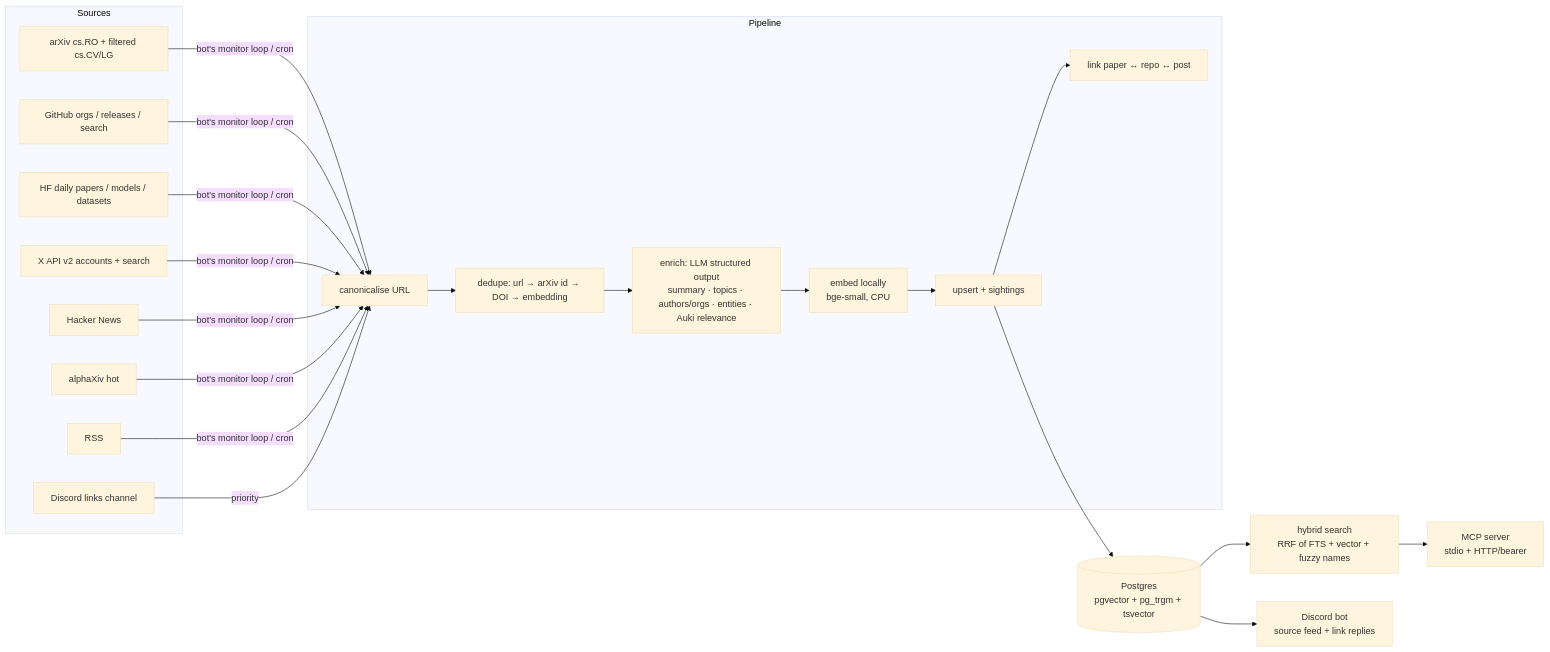
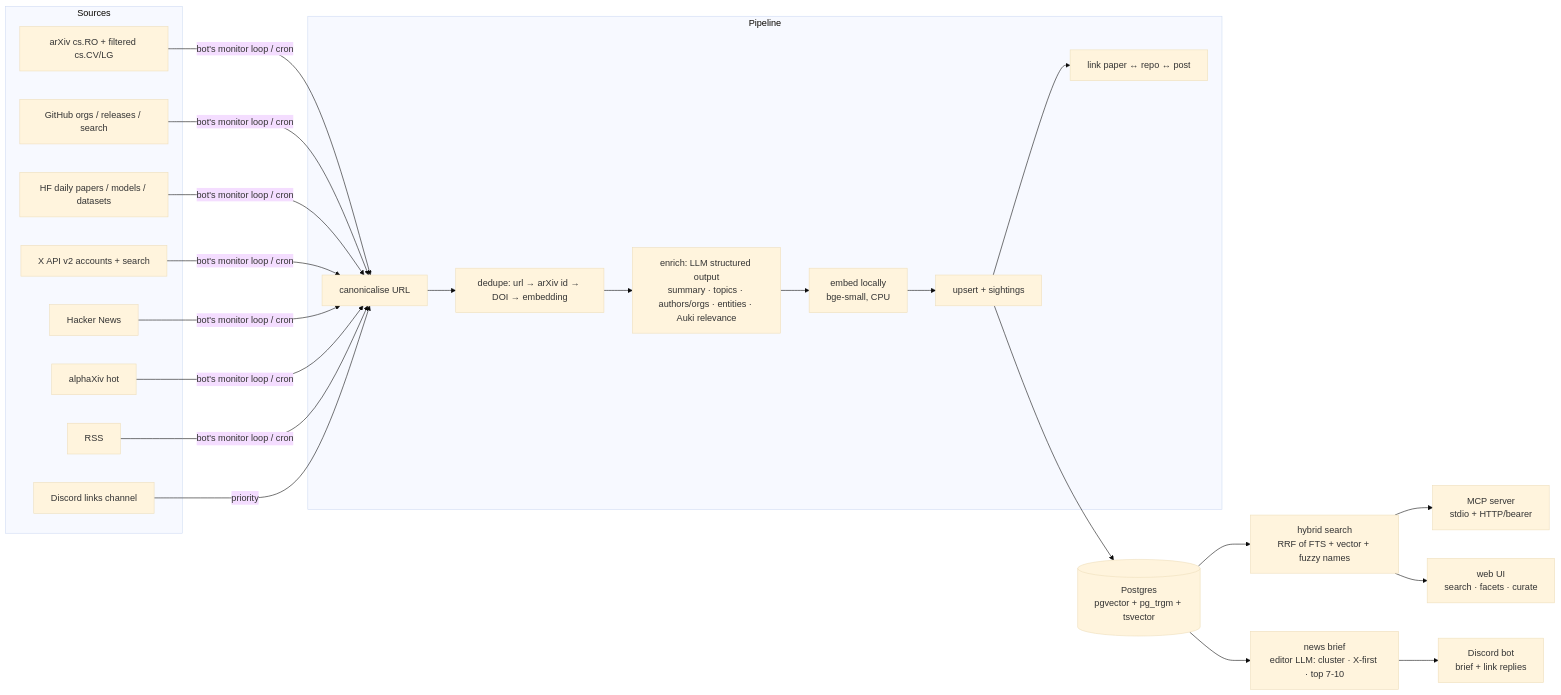
The diagram in README.md (bennytay/scout), drawn with Mermaid (base theme) before and after one commit. The commit also changed other lines of this file and 6 other files, not shown here.

First line of the commit message:
GitHub lean mode without a token; docs for brief, web UI and context search

````diff
--- a/README.md
+++ b/README.md
@@ -13,24 +15,26 @@
 ```mermaid
 flowchart LR
   subgraph Sources
     A[arXiv cs.RO + filtered cs.CV/LG]
     G[GitHub orgs / releases / search]
     H[HF daily papers / models / datasets]
     X[X API v2 accounts + search]
     N[Hacker News]
     AX[alphaXiv hot]
     R[RSS]
     D[Discord links channel]
   end
   subgraph Pipeline
     C[canonicalise URL] --> DD[dedupe: url → arXiv id → DOI → embedding]
     DD --> E[enrich: LLM structured output<br/>summary · topics · authors/orgs · entities · Auki relevance]
     E --> EM[embed locally<br/>bge-small, CPU] --> U[upsert + sightings] --> L[link paper ↔ repo ↔ post]
   end
   A & G & H & X & N & AX & R -->|bot's monitor loop / cron| C
   D -->|priority| C
   U --> PG[(Postgres<br/>pgvector + pg_trgm + tsvector)]
   PG --> S[hybrid search<br/>RRF of FTS + vector + fuzzy names]
   S --> MCP[MCP server<br/>stdio + HTTP/bearer]
-  PG --> BOT[Discord bot<br/>source feed + link replies]
+  PG --> BR[news brief<br/>editor LLM: cluster · X-first · top 7-10]
+  BR --> BOT[Discord bot<br/>brief + link replies]
+  S --> WEB[web UI<br/>search · facets · curate]
 ```
````
